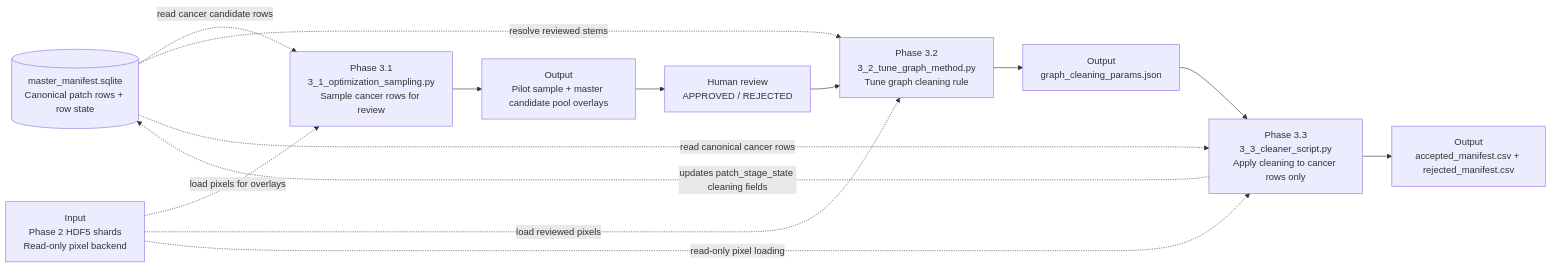
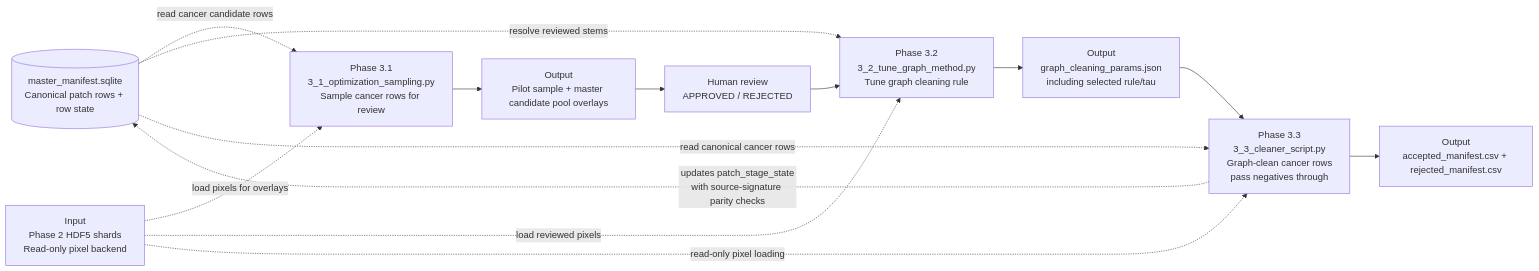
One commit to bhnunes/Master_Coding changed the diagram in MERMAID/phase_3_annotation_cleaning.mermaid. Above: the diagram before and after it, drawn with Mermaid. The commit also changed 27 other files, not shown here.

```diff
--- a/MERMAID/phase_3_annotation_cleaning.mermaid
+++ b/MERMAID/phase_3_annotation_cleaning.mermaid
@@ -1,21 +1,21 @@
 flowchart LR
     manifest[(master_manifest.sqlite<br/>Canonical patch rows + row state)]
     shards[Input<br/>Phase 2 HDF5 shards<br/>Read-only pixel backend]
     p31[Phase 3.1<br/>3_1_optimization_sampling.py<br/>Sample cancer rows for review]
     overlays[Output<br/>Pilot sample + master candidate pool overlays]
     review[Human review<br/>APPROVED / REJECTED]
     p32[Phase 3.2<br/>3_2_tune_graph_method.py<br/>Tune graph cleaning rule]
-    params[Output<br/>graph_cleaning_params.json]
-    p33[Phase 3.3<br/>3_3_cleaner_script.py<br/>Apply cleaning to cancer rows only]
+    params[Output<br/>graph_cleaning_params.json<br/>including selected rule/tau]
+    p33[Phase 3.3<br/>3_3_cleaner_script.py<br/>Graph-clean cancer rows<br/>pass negatives through]
     sidecars[Output<br/>accepted_manifest.csv + rejected_manifest.csv]
 
     manifest -. read cancer candidate rows .-> p31
     shards -. load pixels for overlays .-> p31
     p31 --> overlays --> review --> p32
     manifest -. resolve reviewed stems .-> p32
     shards -. load reviewed pixels .-> p32
     p32 --> params --> p33
     manifest -. read canonical cancer rows .-> p33
     shards -. read-only pixel loading .-> p33
     p33 --> sidecars
-    p33 -. updates patch_stage_state cleaning fields .-> manifest
+    p33 -. updates patch_stage_state<br/>with source-signature parity checks .-> manifest
```
